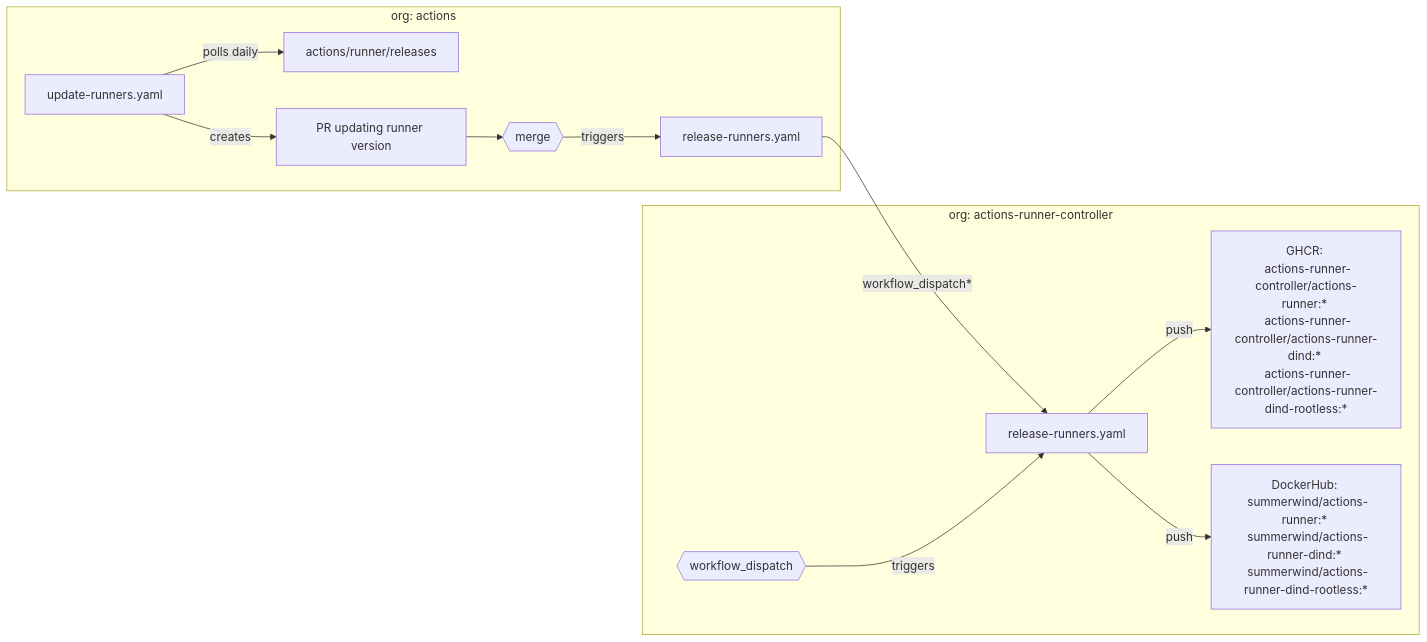
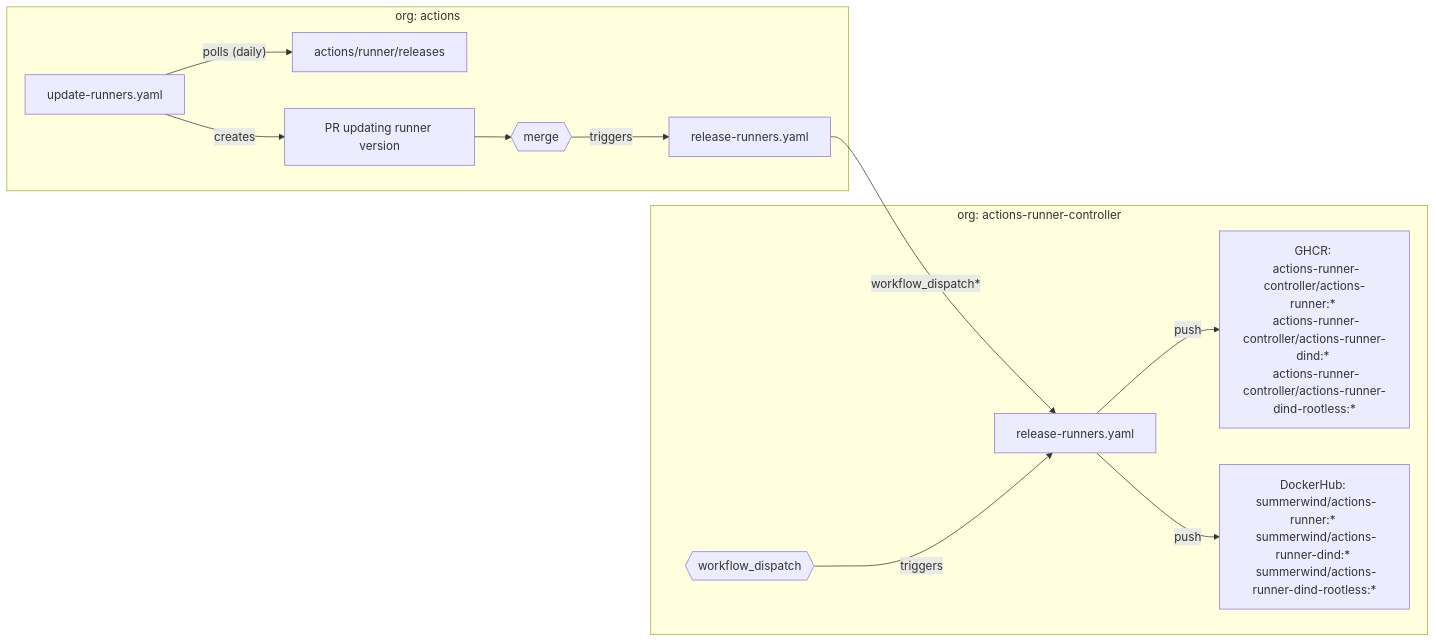
Before and after one commit to actions-runner-controller/releases: the first of 3 diagrams in README.md, drawn with Mermaid.

````diff
--- a/README.md
+++ b/README.md
@@ -11,15 +11,15 @@
 ```mermaid
 flowchart LR
     workflow["release-runners.yaml"] -- workflow_dispatch* --> workflow_b["release-runners.yaml"]
     subgraph org: actions
-    update_runners_workflow["update-runners.yaml"] -- polls daily --> runner_releases["actions/runner/releases"]
+    update_runners_workflow["update-runners.yaml"] -- polls (daily) --> runner_releases["actions/runner/releases"]
     update_runners_workflow -- creates --> runner_update_pr["PR updating runner version"]
     runner_update_pr --> runner_update_pr_merge{{"merge"}}
     runner_update_pr_merge -- triggers --> workflow["release-runners.yaml"]
     end
     subgraph org: actions-runner-controller
     workflow_b["release-runners.yaml"] -- push --> A["GHCR: \n actions-runner-controller/actions-runner:* \n actions-runner-controller/actions-runner-dind:* \n actions-runner-controller/actions-runner-dind-rootless:*"]
     workflow_b["release-runners.yaml"] -- push --> B["DockerHub: \n summerwind/actions-runner:* \n summerwind/actions-runner-dind:* \n summerwind/actions-runner-dind-rootless:*"]
     event_b{{"workflow_dispatch"}} -- triggers --> workflow_b["release-runners.yaml"]
     end
 ```
````
